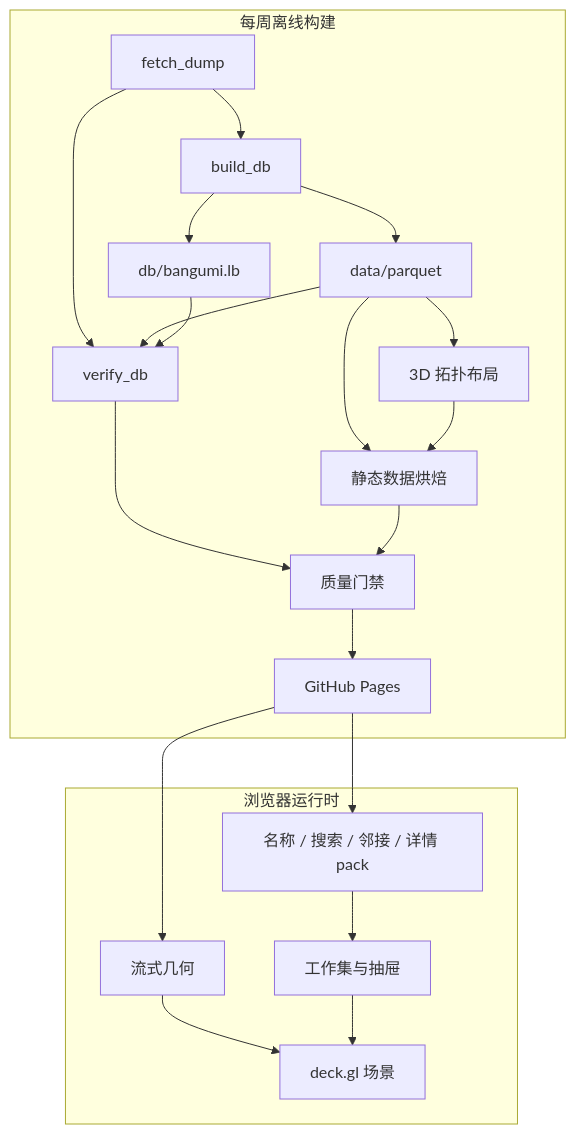
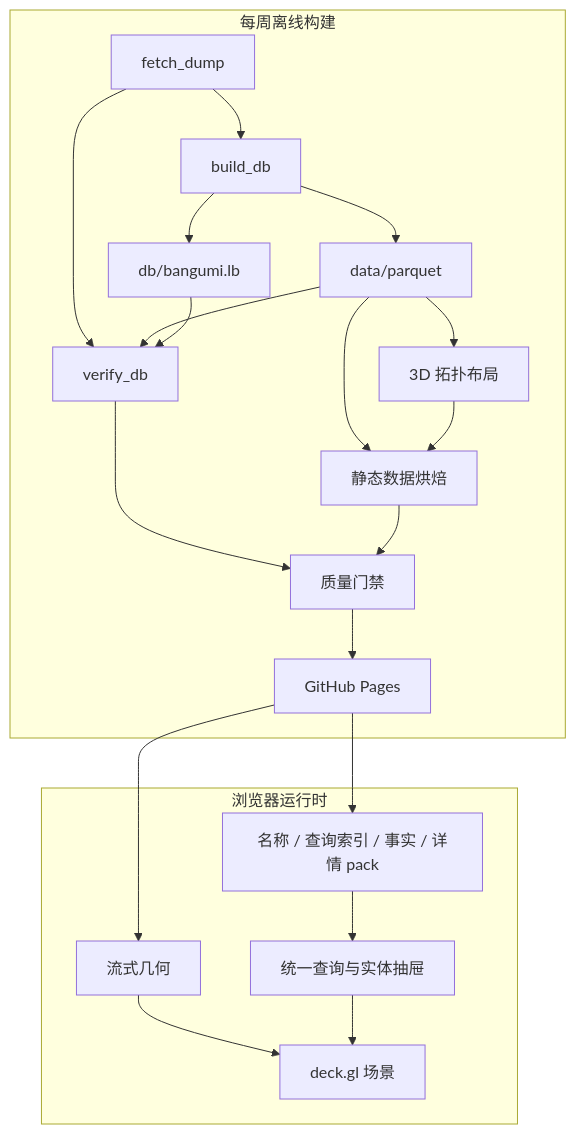
The diagram in docs/EXPLORER_ARCHITECTURE.md (vauxe/bangumi-atlas), drawn with Mermaid before and after one commit. The commit also changed other lines of this file and 2 other files, not shown here.

First line of the commit message:
docs(query): align architecture with the query runtime

````diff
--- a/docs/EXPLORER_ARCHITECTURE.md
+++ b/docs/EXPLORER_ARCHITECTURE.md
@@ -32,26 +37,26 @@
 ```mermaid
 flowchart TB
     subgraph Weekly[每周离线构建]
         A[fetch_dump] --> B[build_db]
         B --> P[data/parquet]
         B --> C[db/bangumi.lb]
         A --> D[verify_db]
         P --> D
         C --> D
         P --> E[3D 拓扑布局]
         P --> F[静态数据烘焙]
         E --> F
         D --> Q[质量门禁]
         F --> Q
         Q --> G[GitHub Pages]
     end
 
     subgraph Browser[浏览器运行时]
         H[流式几何] --> I[deck.gl 场景]
-        J[名称 / 搜索 / 邻接 / 详情 pack] --> K[工作集与抽屉]
+        J[名称 / 查询索引 / 事实 / 详情 pack] --> K[统一查询与实体抽屉]
         K --> I
     end
 
     G --> H
     G --> J
 ```
````
